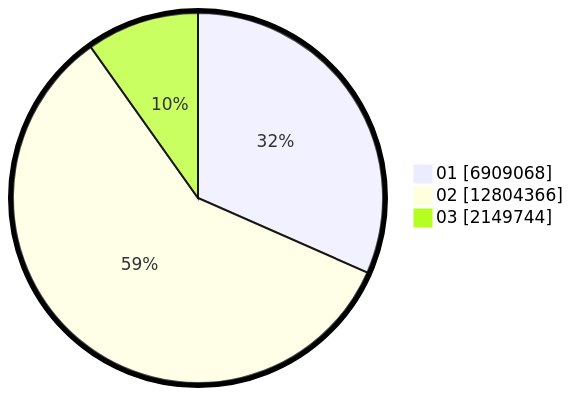
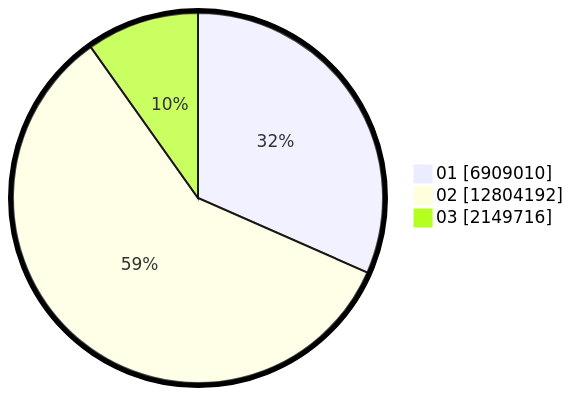
The second of 2 diagrams in pilpres/hitung-suara/sub/table-wilayah-32.md (gigit-pemilu/pemilu-2024), drawn with Mermaid before and after one commit. The commit also changed other lines of this file and 15 other files, not shown here.

````diff
--- a/pilpres/hitung-suara/sub/table-wilayah-32.md
+++ b/pilpres/hitung-suara/sub/table-wilayah-32.md
@@ -15,7 +15,7 @@
 ```mermaid
 %%{init: {"pie": {"textPosition": 0.5}, "themeVariables": {"pieOuterStrokeWidth": "5px"}} }%%
 pie showData
-    "01" : 6909068
-    "02" : 12804366
-    "03" : 2149744
+    "01" : 6909010
+    "02" : 12804192
+    "03" : 2149716
 ```
````
